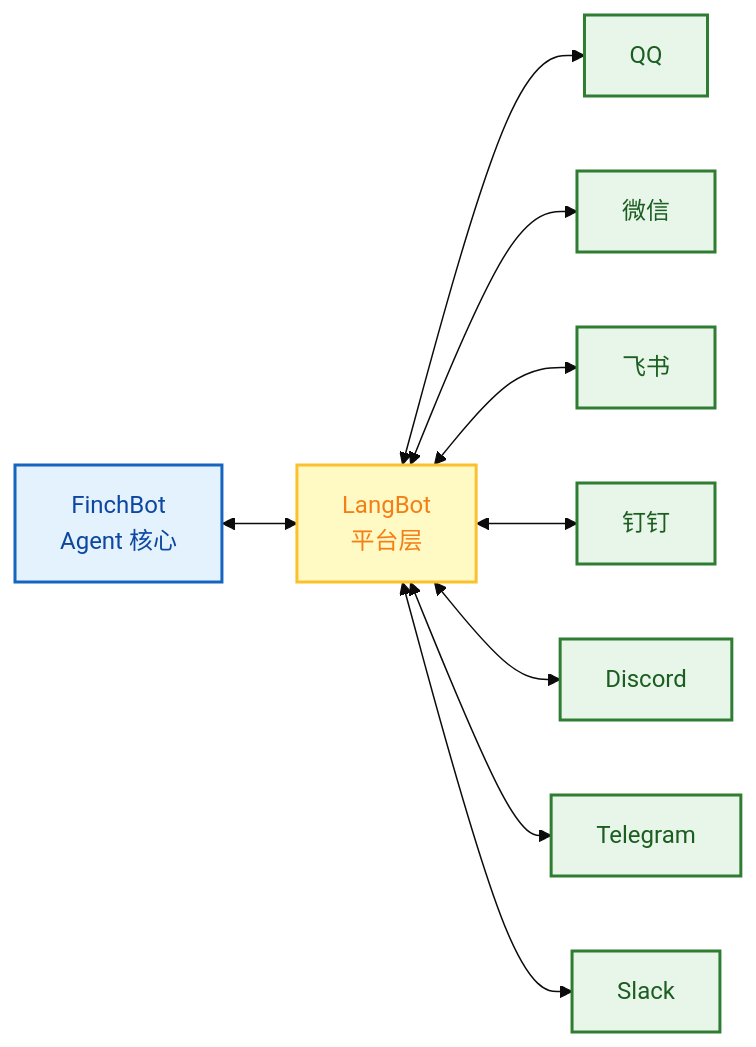
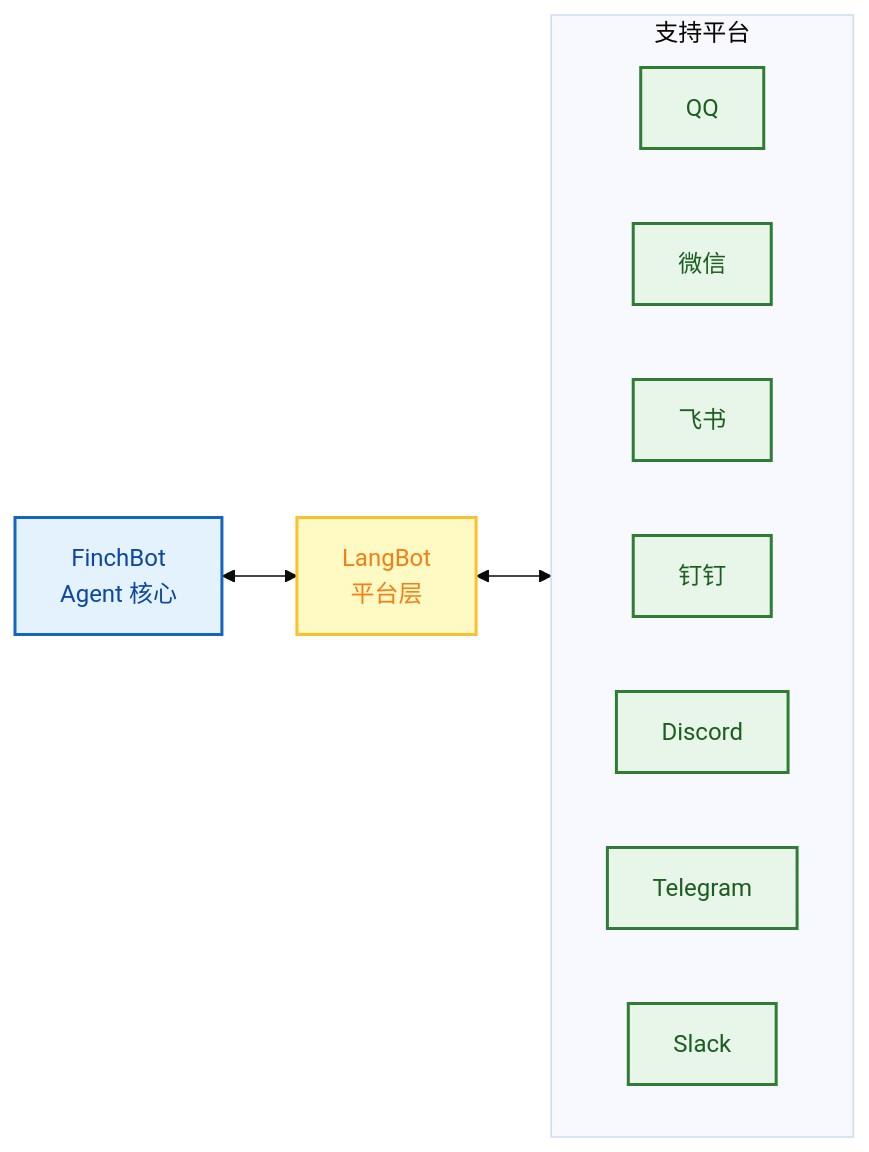
The ninth of 9 diagrams in README_CN.md (zhangjingyuan177-hue/FinchBot), drawn with Mermaid (base theme) before and after one commit. The commit also changed other lines of this file and 1 other file, not shown here.

````diff
--- a/README_CN.md
+++ b/README_CN.md
@@ -765,20 +534,21 @@
 ```mermaid
 flowchart LR
     classDef bus fill:#e3f2fd,stroke:#1565c0,stroke-width:2px,color:#0d47a1;
     classDef manager fill:#fff9c4,stroke:#fbc02d,stroke-width:2px,color:#f57f17;
     classDef channel fill:#e8f5e9,stroke:#2e7d32,stroke-width:2px,color:#1b5e20;
 
-    FinchBot[FinchBot<br/>Agent 核心]:::bus
-    LangBot[LangBot<br/>平台层]:::manager
+    FinchBot[FinchBot<br/>Agent 核心]:::bus <--> LangBot[LangBot<br/>平台层]:::manager
 
-    QQ[QQ]:::channel
-    WeChat[微信]:::channel
-    Feishu[飞书]:::channel
-    DingTalk[钉钉]:::channel
-    Discord[Discord]:::channel
-    Telegram[Telegram]:::channel
-    Slack[Slack]:::channel
+    subgraph Platforms [支持平台]
+        direction LR
+        QQ[QQ]:::channel
+        WeChat[微信]:::channel
+        Feishu[飞书]:::channel
+        DingTalk[钉钉]:::channel
+        Discord[Discord]:::channel
+        Telegram[Telegram]:::channel
+        Slack[Slack]:::channel
+    end
 
-    FinchBot <--> LangBot
-    LangBot <--> QQ & WeChat & Feishu & DingTalk & Discord & Telegram & Slack
+    LangBot <--> Platforms
 ```
````
